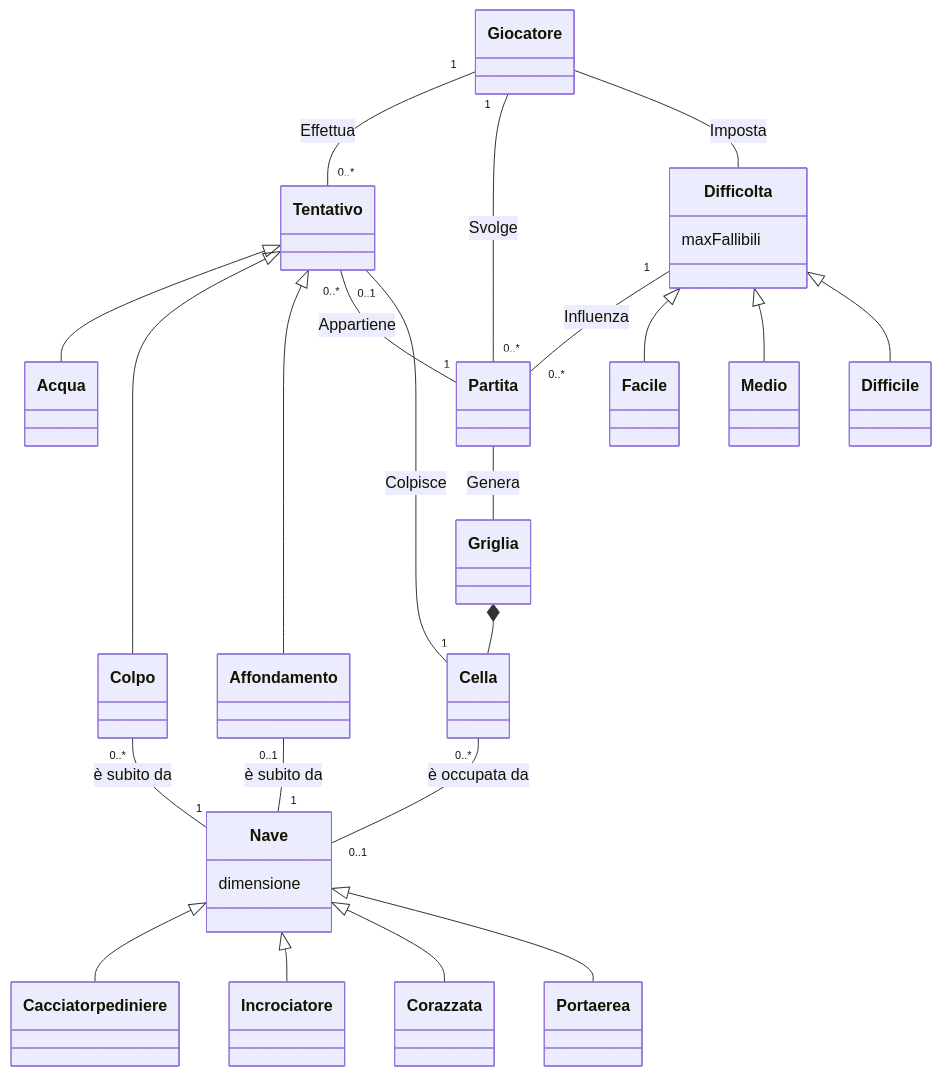
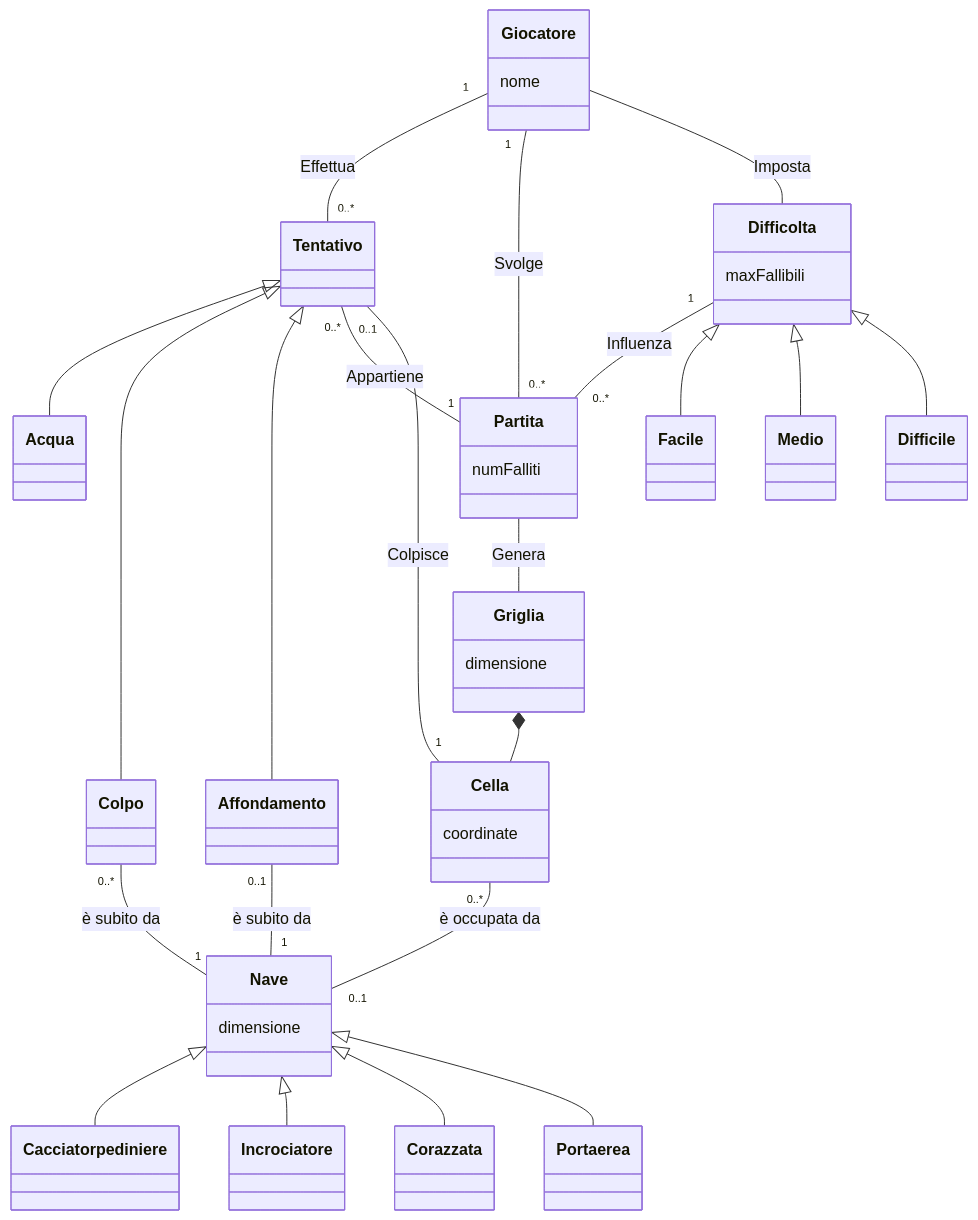
Before and after one commit to softeng2223-inf-uniba/progetto2223-thacker: the diagram in docs/Report.md, drawn with Mermaid.

Commit message:
Aggiunti attributi ad alcuni concetti in Modello di dominio

````diff
--- a/docs/Report.md
+++ b/docs/Report.md
@@ -7,41 +7,57 @@
 ```mermaid
     
     classDiagram
-        
+            
         Giocatore "1" -- "0..*" Tentativo : Effettua
         Giocatore "1" -- "0..*" Partita : Svolge
         Giocatore -- Difficolta : Imposta
 
         Difficolta "1" -- "0..*" Partita : Influenza
         Difficolta <|-- Facile
         Difficolta <|-- Medio
         Difficolta <|-- Difficile 
 
         Nave <|-- Cacciatorpediniere
         Nave <|-- Incrociatore
         Nave <|-- Corazzata
         Nave <|-- Portaerea
         
         Tentativo <|-- Acqua
         Tentativo <|-- Colpo
         Tentativo <|-- Affondamento
         Tentativo "0..*" -- "1" Partita : Appartiene
         Tentativo "0..1" -- "1" Cella : Colpisce
 
         Griglia *-- Cella
         Partita -- Griglia : Genera
         Cella "0..*" -- "0..1" Nave : è occupata da
         Colpo "0..*" -- "1" Nave : è subito da
         Affondamento "0..1" -- "1" Nave : è subito da
 
 
         class Nave{
             dimensione
         }
 
         class Difficolta{
             maxFallibili
         }
 
+        class Giocatore{
+            nome
+        }
+
+        class Partita{
+            numFalliti
+        }
+
+        class Cella{
+            coordinate
+        }
+
+        class Griglia{
+            dimensione
+        }
+        
 
 ```
````
